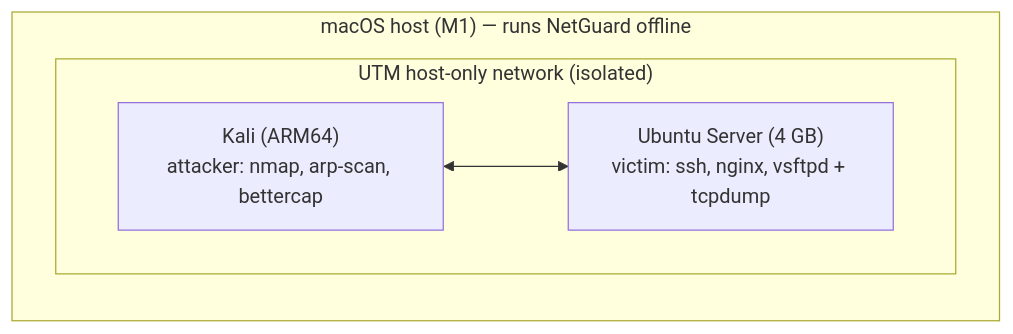
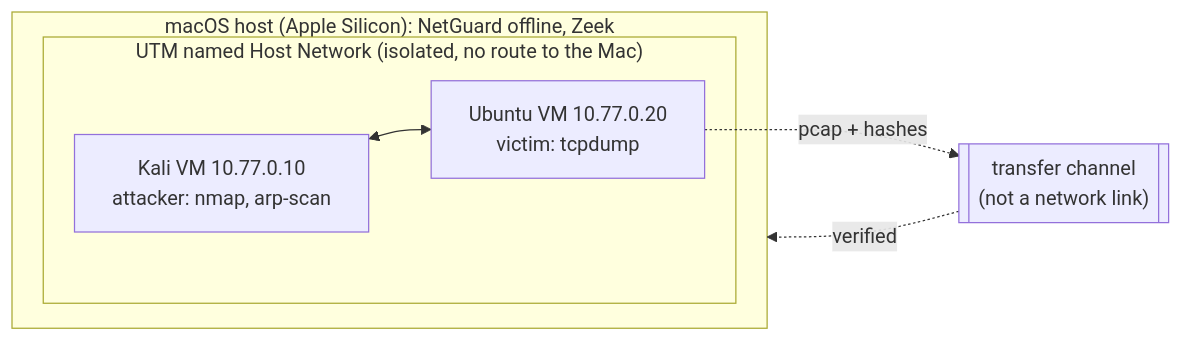
The diagram in docs/LAB_SETUP.md (furkan-akkaya/NetGuard), drawn with Mermaid before and after one commit. The commit also changed other lines of this file and 8 other files, not shown here.

First line of the commit message:
feat(lab): scripts and ground truth for the isolated UTM lab

````diff
--- a/docs/LAB_SETUP.md
+++ b/docs/LAB_SETUP.md
@@ -5,10 +9,12 @@
 ```mermaid
 flowchart LR
-    subgraph Mac["macOS host (M1) — runs NetGuard offline"]
-        subgraph HO["UTM host-only network (isolated)"]
-            K["Kali (ARM64)<br/>attacker: nmap, arp-scan, bettercap"]
-            U["Ubuntu Server (4 GB)<br/>victim: ssh, nginx, vsftpd + tcpdump"]
+    subgraph Mac["macOS host (Apple Silicon): NetGuard offline, Zeek"]
+        subgraph HN["UTM named Host Network (isolated, no route to the Mac)"]
+            K["Kali VM 10.77.0.10<br/>attacker: nmap, arp-scan"]
+            U["Ubuntu VM 10.77.0.20<br/>victim: tcpdump"]
             K <--> U
         end
     end
+    T[["transfer channel<br/>(not a network link)"]]
+    U -. pcap + hashes .-> T -. verified .-> Mac
 ```
````
